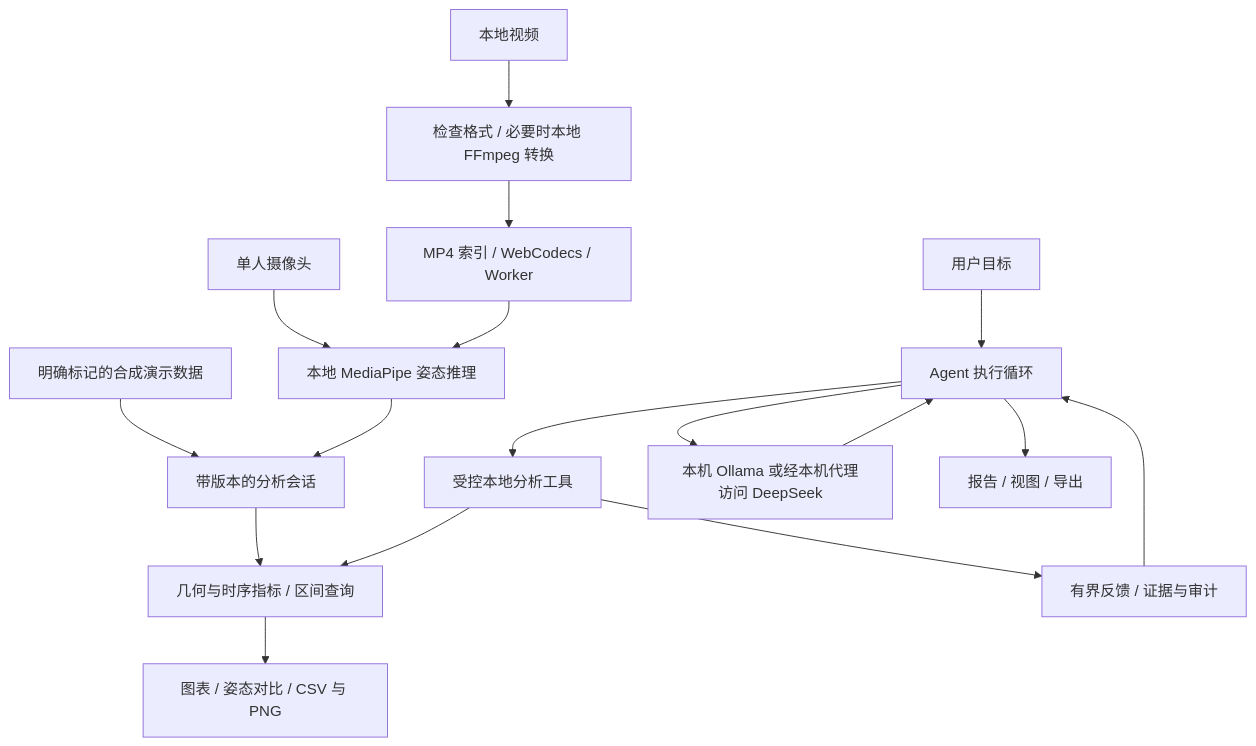
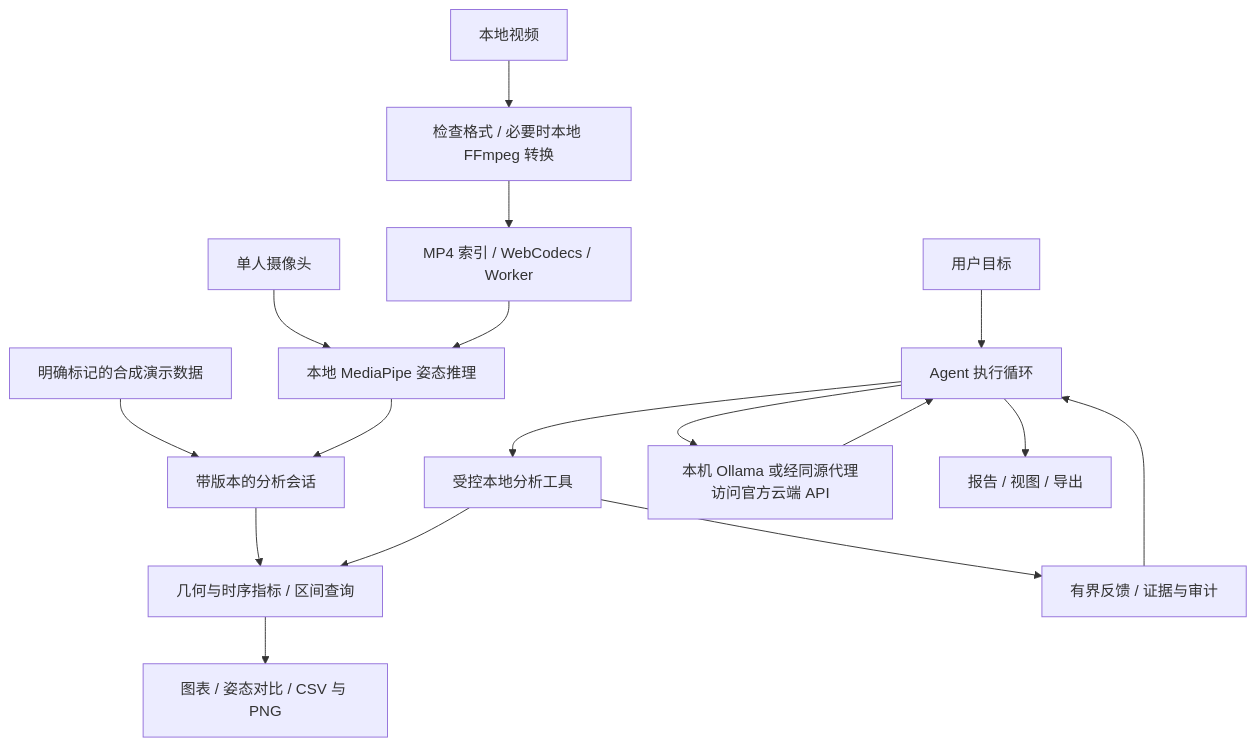
The diagram in docs/architecture.md (Gollet488/cnzjz), drawn with Mermaid before and after one commit. The commit also changed other lines of this file and 48 other files, not shown here.

````diff
--- a/docs/architecture.md
+++ b/docs/architecture.md
@@ -22,19 +22,19 @@
 ```mermaid
 flowchart TD
   Camera[单人摄像头] --> Pose[本地 MediaPipe 姿态推理]
   Video[本地视频] --> Prepare[检查格式 / 必要时本地 FFmpeg 转换]
   Prepare --> Decode[MP4 索引 / WebCodecs / Worker]
   Decode --> Pose
   Demo[明确标记的合成演示数据] --> Session[带版本的分析会话]
   Pose --> Session
   Session --> Metrics[几何与时序指标 / 区间查询]
   Metrics --> Charts[图表 / 姿态对比 / CSV 与 PNG]
   User[用户目标] --> Agent[Agent 执行循环]
   Agent --> Tools[受控本地分析工具]
   Tools --> Metrics
   Tools --> Feedback[有界反馈 / 证据与审计]
   Feedback --> Agent
-  Agent --> Model[本机 Ollama 或经本机代理访问 DeepSeek]
+  Agent --> Model[本机 Ollama 或经同源代理访问官方云端 API]
   Model --> Agent
   Agent --> Deliver[报告 / 视图 / 导出]
 ```
````
